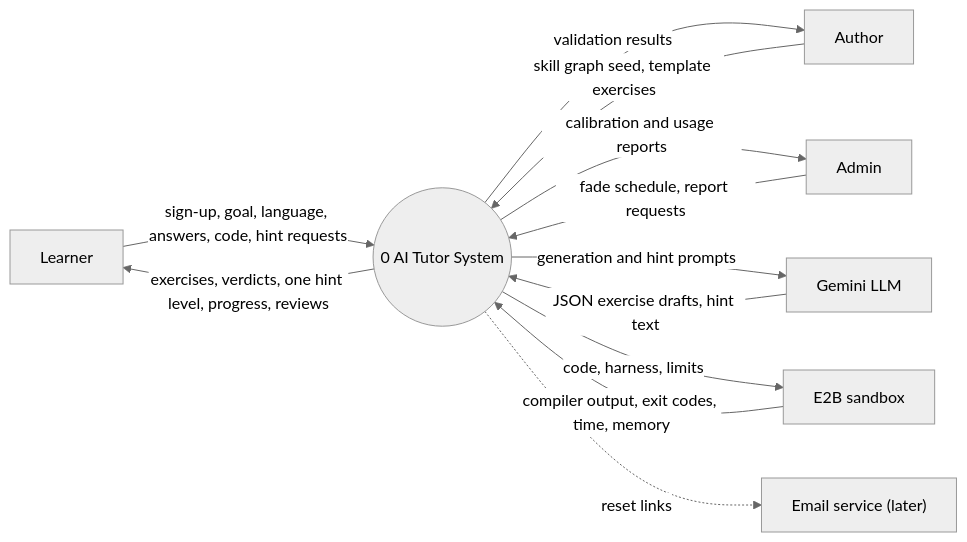
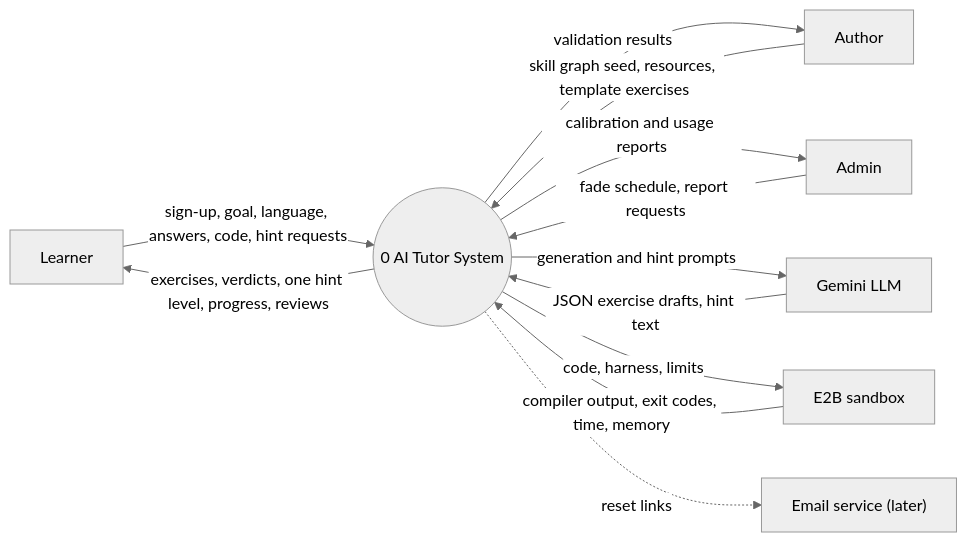
One commit to Nidanos/ai-tutor-platform changed the second of 32 diagrams in DOCS/phase-2/MP3-System-Design.md. Above: the diagram before and after it, drawn with Mermaid (neutral theme). The commit also changed other lines of this file, not shown here.

Commit message:
docs: update Phase 2 design with per-skill fade, schema refinements and auth decisions

````diff
--- a/DOCS/phase-2/MP3-System-Design.md
+++ b/DOCS/phase-2/MP3-System-Design.md
@@ -105,21 +110,21 @@
 ```mermaid
 flowchart LR
   L["Learner"]
   AU["Author"]
   AD["Admin"]
   GEM["Gemini LLM"]
   SBX["E2B sandbox"]
   EM["Email service (later)"]
   P0(("0 AI Tutor System"))
   L -->|sign-up, goal, language, answers, code, hint requests| P0
   P0 -->|exercises, verdicts, one hint level, progress, reviews| L
-  AU -->|skill graph seed, template exercises| P0
+  AU -->|skill graph seed, resources, template exercises| P0
   P0 -->|validation results| AU
   AD -->|fade schedule, report requests| P0
   P0 -->|calibration and usage reports| AD
   P0 -->|generation and hint prompts| GEM
   GEM -->|JSON exercise drafts, hint text| P0
   P0 -->|code, harness, limits| SBX
   SBX -->|compiler output, exit codes, time, memory| P0
   P0 -.->|reset links| EM
 ```
````
